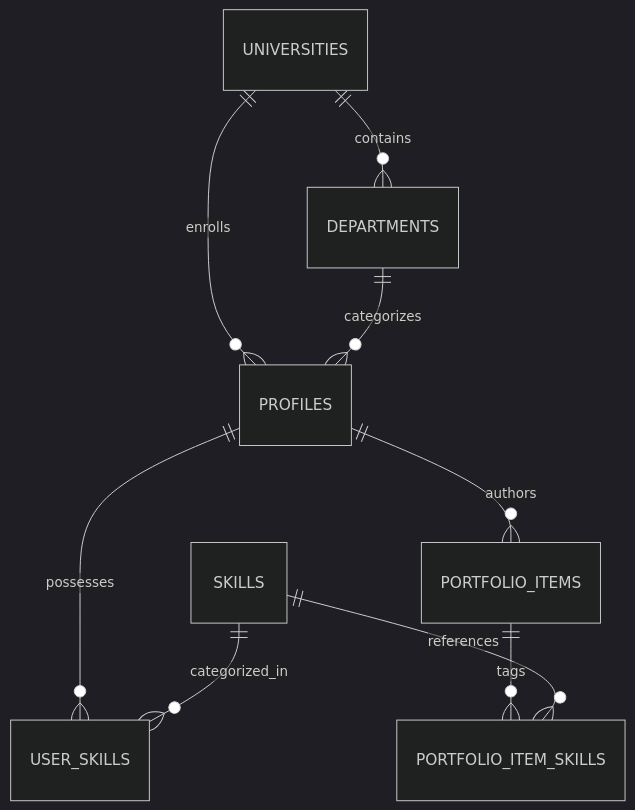
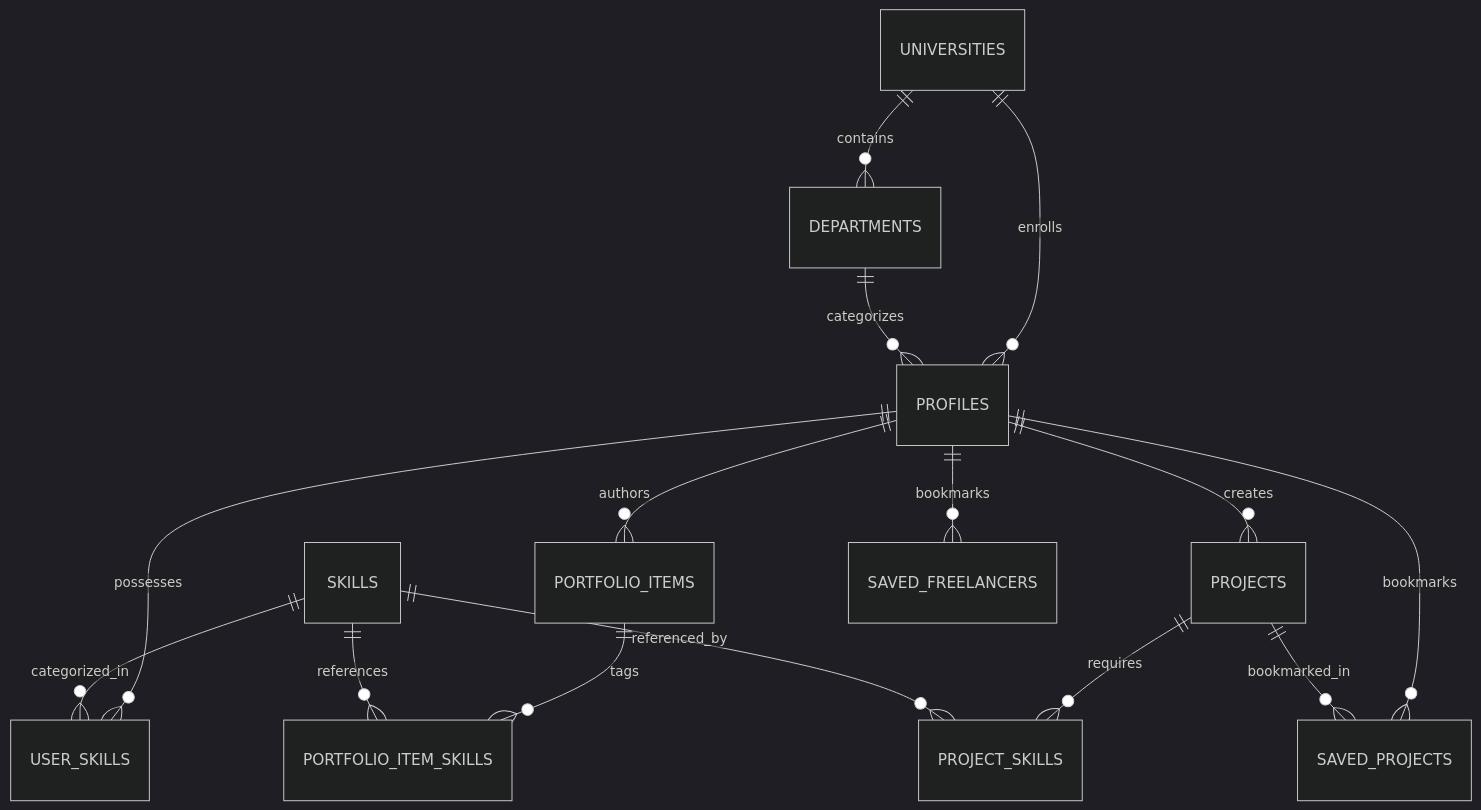
Before and after one commit to Udaykiran17-1/Chrono-guard: the diagram in docs/DATABASE.md, drawn with Mermaid (dark theme). The commit also changed other lines of this file and 14 other files, not shown here.

````diff
--- a/docs/DATABASE.md
+++ b/docs/DATABASE.md
@@ -10,11 +10,17 @@
 ```mermaid
 erDiagram
   UNIVERSITIES ||--o{ DEPARTMENTS : contains
   UNIVERSITIES ||--o{ PROFILES : enrolls
   DEPARTMENTS ||--o{ PROFILES : categorizes
   PROFILES ||--o{ USER_SKILLS : possesses
   SKILLS ||--o{ USER_SKILLS : categorized_in
   PROFILES ||--o{ PORTFOLIO_ITEMS : authors
   PORTFOLIO_ITEMS ||--o{ PORTFOLIO_ITEM_SKILLS : tags
   SKILLS ||--o{ PORTFOLIO_ITEM_SKILLS : references
+  PROFILES ||--o{ PROJECTS : creates
+  PROJECTS ||--o{ PROJECT_SKILLS : requires
+  SKILLS ||--o{ PROJECT_SKILLS : referenced_by
+  PROFILES ||--o{ SAVED_PROJECTS : bookmarks
+  PROJECTS ||--o{ SAVED_PROJECTS : bookmarked_in
+  PROFILES ||--o{ SAVED_FREELANCERS : bookmarks
 ```
````
